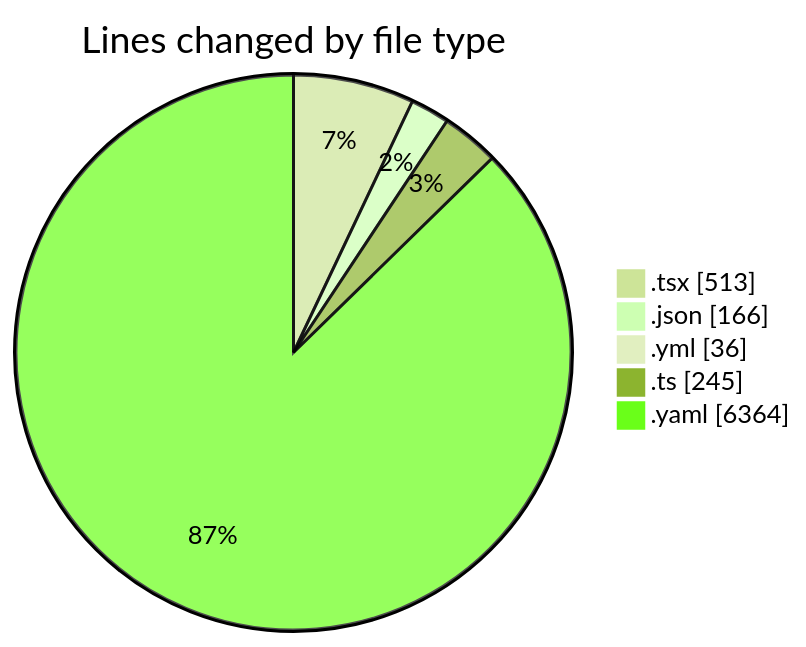
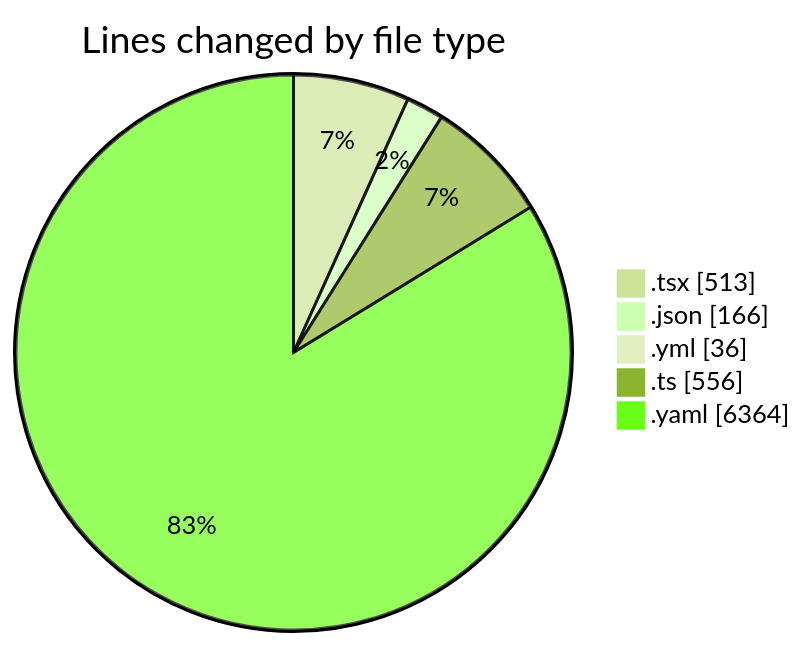
The first of 2 diagrams in 2025-11-27/eventscop-frontend-guide__workspace_/README.md (julien-gomy/code-tracking), drawn with Mermaid (forest theme) before and after one commit. The commit also changed other lines of this file and 1 other file, not shown here.

````diff
--- a/2025-11-27/eventscop-frontend-guide__workspace_/README.md
+++ b/2025-11-27/eventscop-frontend-guide__workspace_/README.md
@@ -34,9 +36,9 @@
 ```mermaid
 pie showData
 title Lines changed by file type
 ".tsx" : 513
 ".json" : 166
 ".yml" : 36
-".ts" : 245
+".ts" : 556
 ".yaml" : 6364
 ```
````
